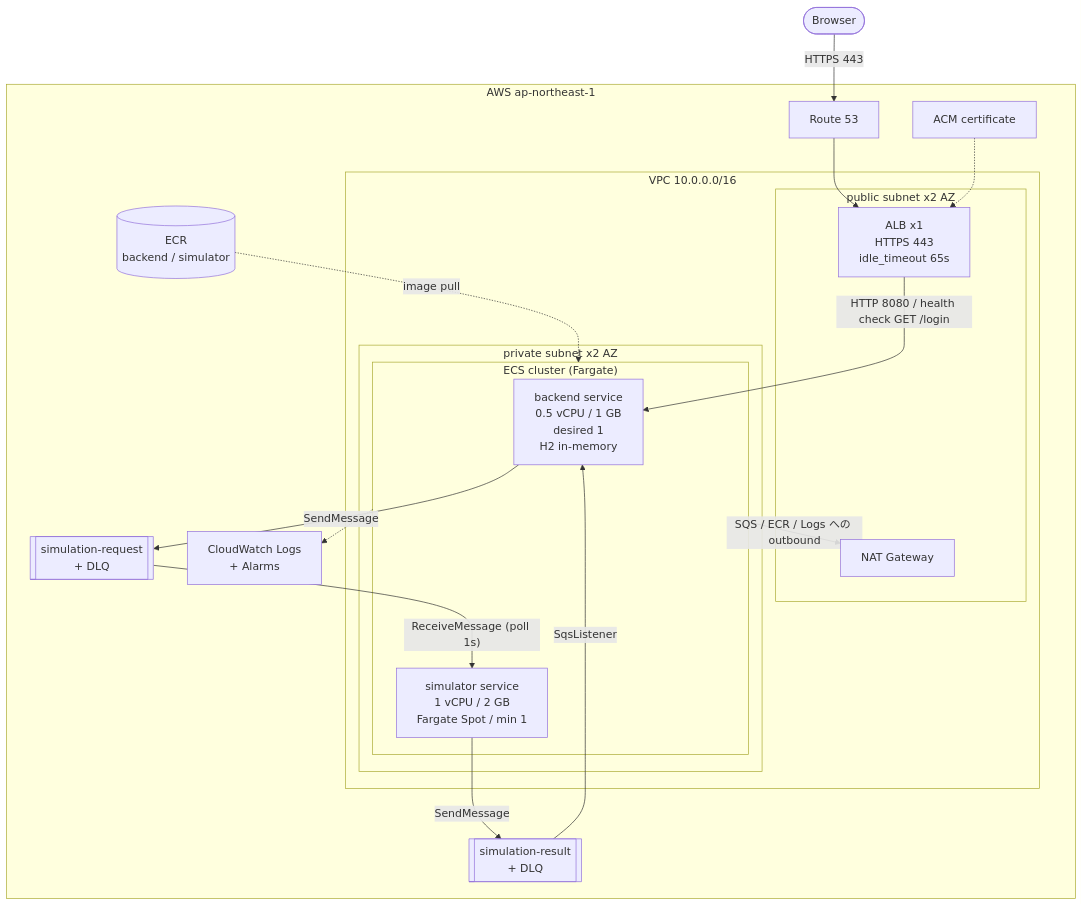
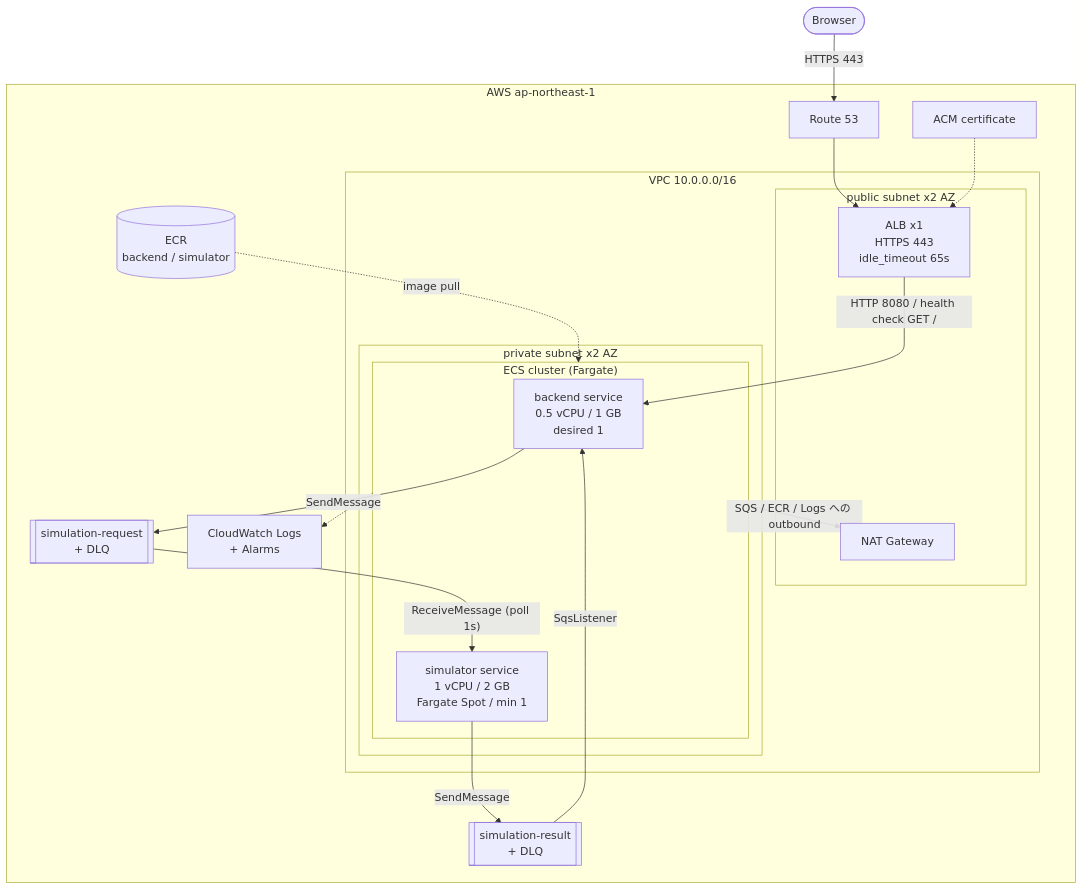
The diagram in docs/aws-deployment.md (midetaro/baseball-orders), drawn with Mermaid before and after one commit. The commit also changed other lines of this file and 63 other files, not shown here.

````diff
--- a/docs/aws-deployment.md
+++ b/docs/aws-deployment.md
@@ -16,40 +14,40 @@
 ```mermaid
 flowchart TB
     browser(["Browser"])
 
     subgraph aws["AWS ap-northeast-1"]
         r53["Route 53"]
         acm["ACM certificate"]
         ecr[("ECR<br/>backend / simulator")]
         logs["CloudWatch Logs<br/>+ Alarms"]
 
         subgraph vpc["VPC 10.0.0.0/16"]
             subgraph pub["public subnet x2 AZ"]
                 alb["ALB x1<br/>HTTPS 443<br/>idle_timeout 65s"]
                 nat["NAT Gateway"]
             end
 
             subgraph pri["private subnet x2 AZ"]
                 subgraph cluster["ECS cluster (Fargate)"]
-                    backend["backend service<br/>0.5 vCPU / 1 GB<br/>desired 1<br/>H2 in-memory"]
+                    backend["backend service<br/>0.5 vCPU / 1 GB<br/>desired 1"]
                     simulator["simulator service<br/>1 vCPU / 2 GB<br/>Fargate Spot / min 1"]
                 end
             end
         end
 
         requestq[["simulation-request<br/>+ DLQ"]]
         resultq[["simulation-result<br/>+ DLQ"]]
     end
 
     browser -->|HTTPS 443| r53
     r53 --> alb
     acm -.-> alb
-    alb -->|"HTTP 8080 / health check GET /login"| backend
+    alb -->|"HTTP 8080 / health check GET /"| backend
     backend -->|SendMessage| requestq
     requestq -->|"ReceiveMessage (poll 1s)"| simulator
     simulator -->|SendMessage| resultq
     resultq -->|SqsListener| backend
     cluster -->|"SQS / ECR / Logs への outbound"| nat
     ecr -.->|image pull| cluster
     cluster -.-> logs
 ```
````
